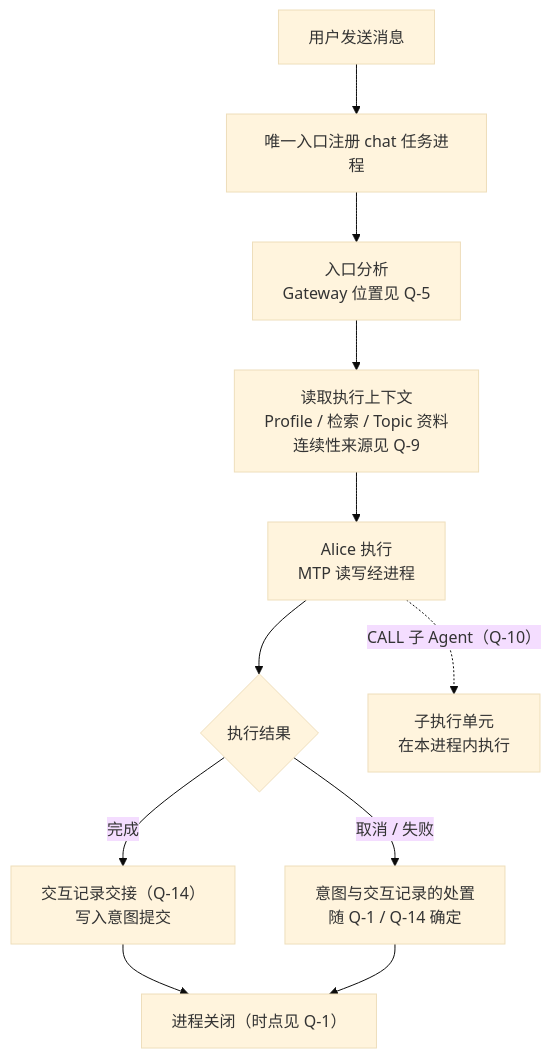
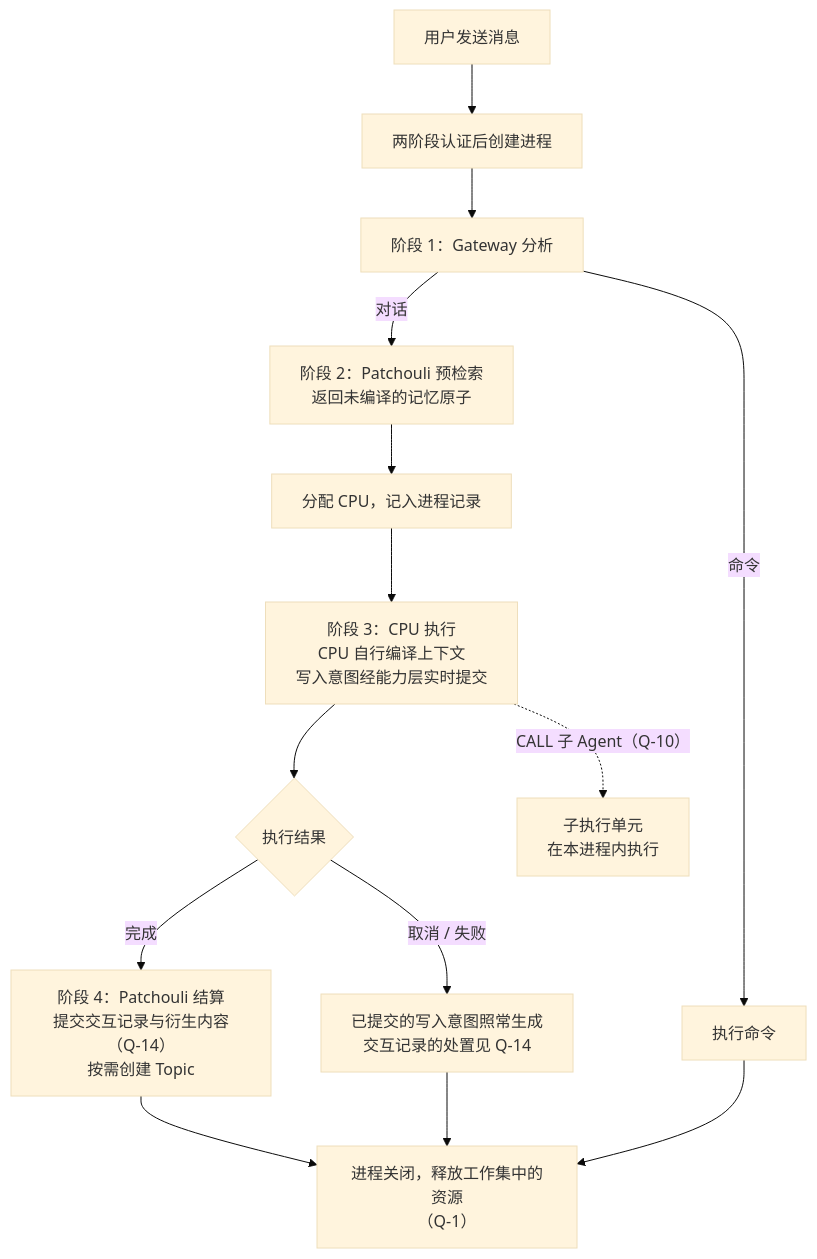
Before and after one commit to artemis03976/HiveMemory: the fourth of 5 diagrams in docs/ideas/task-process-table-and-registration-entry.md, drawn with Mermaid (base theme). The commit also changed other lines of this file and 7 other files, not shown here.

First line of the commit message:
docs:确定任务进程结构、写入意图迁移与 v0.7.0 版本目标

````diff
--- a/docs/ideas/task-process-table-and-registration-entry.md
+++ b/docs/ideas/task-process-table-and-registration-entry.md
@@ -157,13 +250,16 @@
 ```mermaid
 flowchart TB
-    A["用户发送消息"] --> B["唯一入口注册 chat 任务进程"]
-    B --> C["入口分析<br/>Gateway 位置见 Q-5"]
-    C --> D["读取执行上下文<br/>Profile / 检索 / Topic 资料<br/>连续性来源见 Q-9"]
-    D --> E["Alice 执行<br/>MTP 读写经进程"]
-    E --> F{"执行结果"}
-    F -- "完成" --> G["交互记录交接（Q-14）<br/>写入意图提交"]
-    F -- "取消 / 失败" --> H["意图与交互记录的处置<br/>随 Q-1 / Q-14 确定"]
-    G --> I["进程关闭（时点见 Q-1）"]
-    H --> I
-    E -. "CALL 子 Agent（Q-10）" .-> J["子执行单元<br/>在本进程内执行"]
+    A["用户发送消息"] --> B["两阶段认证后创建进程"]
+    B --> C["阶段 1：Gateway 分析"]
+    C -- "命令" --> K["执行命令"]
+    C -- "对话" --> D["阶段 2：Patchouli 预检索<br/>返回未编译的记忆原子"]
+    D --> E["分配 CPU，记入进程记录"]
+    E --> F["阶段 3：CPU 执行<br/>CPU 自行编译上下文<br/>写入意图经能力层实时提交"]
+    F --> G{"执行结果"}
+    G -- "完成" --> H["阶段 4：Patchouli 结算<br/>提交交互记录与衍生内容（Q-14）<br/>按需创建 Topic"]
+    G -- "取消 / 失败" --> I["已提交的写入意图照常生成<br/>交互记录的处置见 Q-14"]
+    H --> J["进程关闭，释放工作集中的资源<br/>（Q-1）"]
+    I --> J
+    K --> J
+    F -. "CALL 子 Agent（Q-10）" .-> L["子执行单元<br/>在本进程内执行"]
 ```
````
